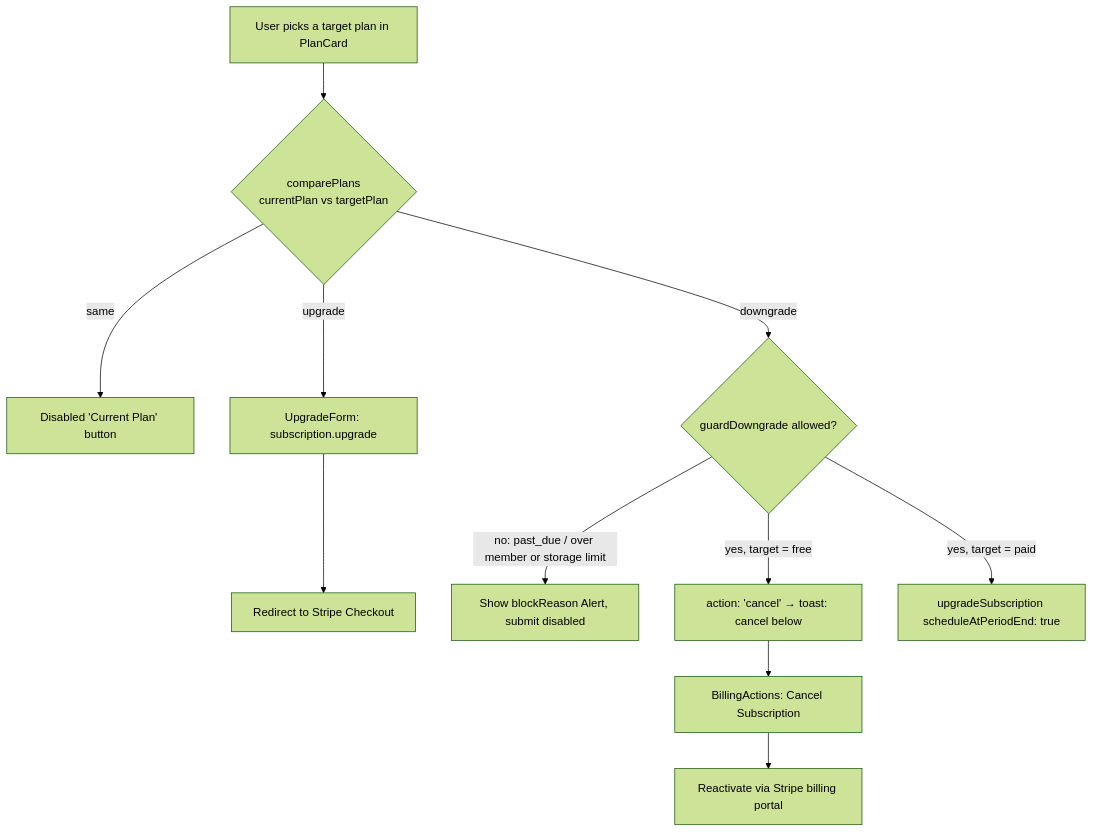
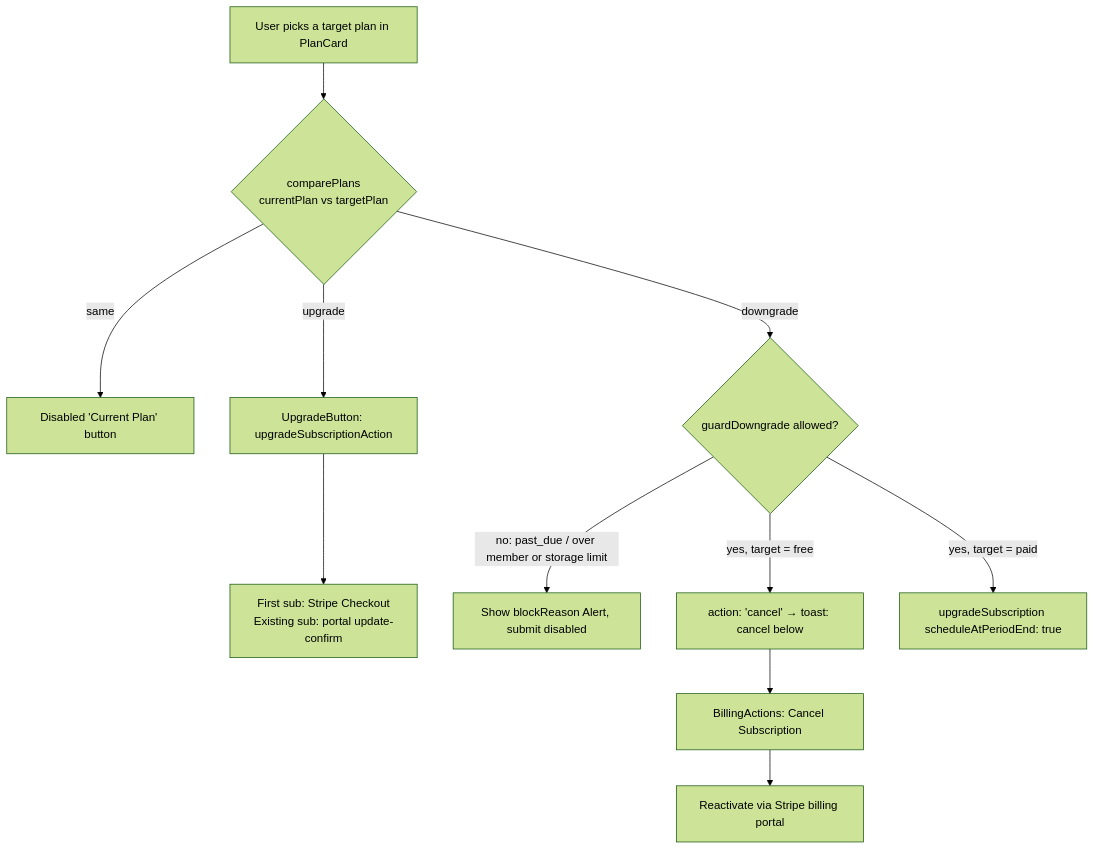
One commit to saasprokit-com/saasprokit changed the first of 3 diagrams in apps/docs/content/docs/payment/plan-changes-and-cancellation.mdx. Above: the diagram before and after it, drawn with Mermaid (forest theme). The commit also changed other lines of this file and 2 other files, not shown here.

First line of the commit message:
feat(billing): surface billing period dates and document upgrade charge timing

````diff
--- a/apps/docs/content/docs/payment/plan-changes-and-cancellation.mdx
+++ b/apps/docs/content/docs/payment/plan-changes-and-cancellation.mdx
@@ -19,13 +19,13 @@
 ```mermaid
 flowchart TD
   Start[User picks a target plan in PlanCard] --> Cmp{comparePlans<br/>currentPlan vs targetPlan}
   Cmp -->|same| Current[Disabled 'Current Plan' button]
-  Cmp -->|upgrade| Up[UpgradeForm: subscription.upgrade]
-  Up --> Checkout[Redirect to Stripe Checkout]
+  Cmp -->|upgrade| Up[UpgradeButton: upgradeSubscriptionAction]
+  Up --> Checkout[First sub: Stripe Checkout<br/>Existing sub: portal update-confirm]
   Cmp -->|downgrade| Guard{guardDowngrade allowed?}
   Guard -->|no: past_due / over member or storage limit| Block[Show blockReason Alert, submit disabled]
   Guard -->|yes, target = free| ToCancel[action: 'cancel' → toast: cancel below]
   Guard -->|yes, target = paid| Sched[upgradeSubscription scheduleAtPeriodEnd: true]
   ToCancel --> CancelFlow[BillingActions: Cancel Subscription]
   CancelFlow --> Restore[Reactivate via Stripe billing portal]
 ```
````
